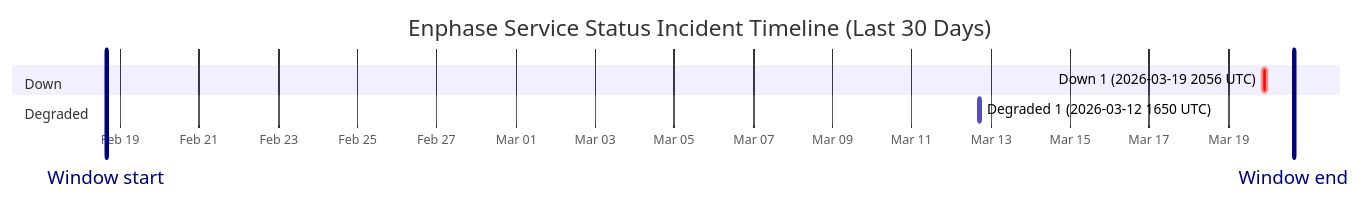
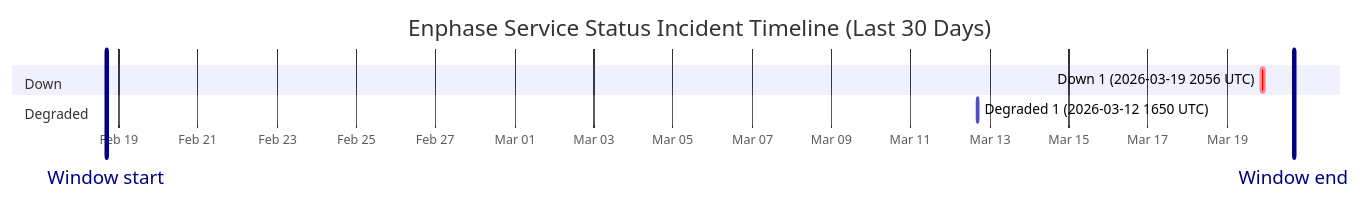
Before and after one commit to barneyonline/ha-enphase-ev-charger: the diagram in wiki/Service-Status-History.md, drawn with Mermaid. The commit also changed other lines of this file and 3 other files, not shown here.

````diff
--- a/wiki/Service-Status-History.md
+++ b/wiki/Service-Status-History.md
@@ -14,12 +14,12 @@
 ```mermaid
 gantt
     title Enphase Service Status Incident Timeline (Last 30 Days)
     dateFormat  YYYY-MM-DDTHH:mm:ss
     axisFormat  %b %d
-    Window start :vert, window-start, 2026-02-18T15:34:18, 0ms
-    Window end :vert, window-end, 2026-03-20T15:34:18, 0ms
+    Window start :vert, window-start, 2026-02-18T16:32:21, 0ms
+    Window end :vert, window-end, 2026-03-20T16:32:21, 0ms
     section Down
     Down 1 (2026-03-19 2056 UTC) :crit, down-1, 2026-03-19T20:56:20, 145m
     section Degraded
     Degraded 1 (2026-03-12 1650 UTC) :active, degraded-1, 2026-03-12T16:50:43, 60m
 ```
````
